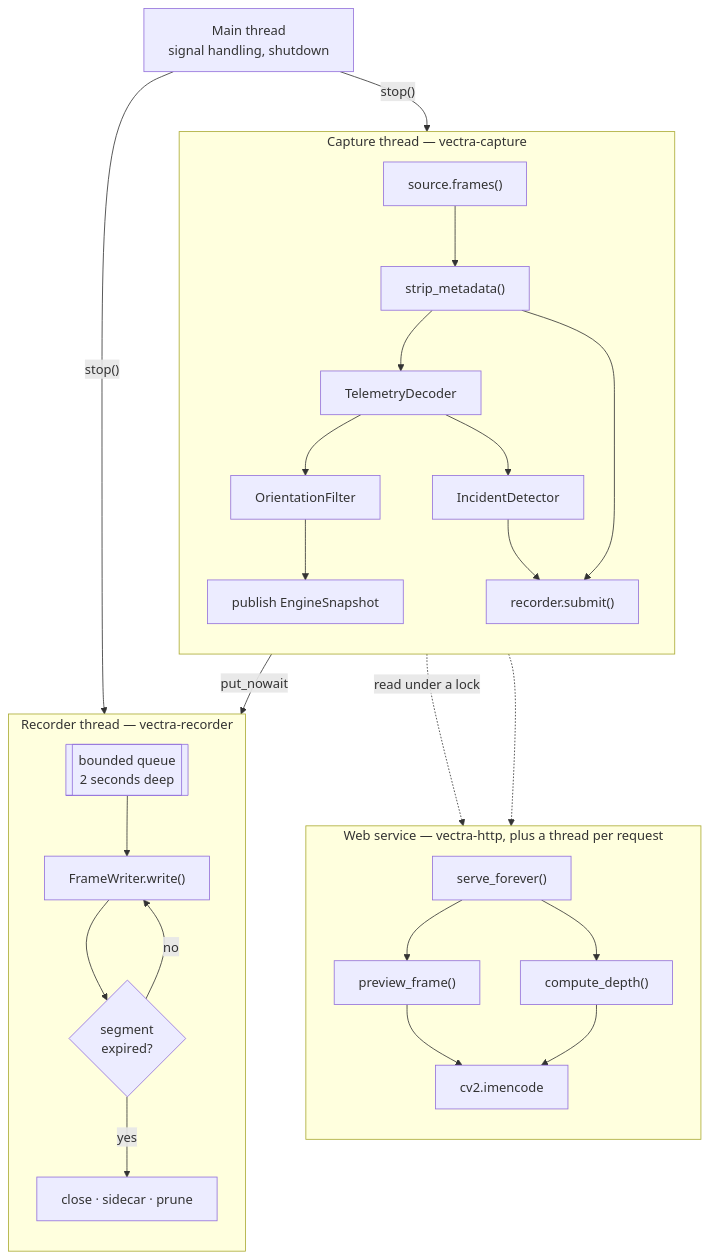
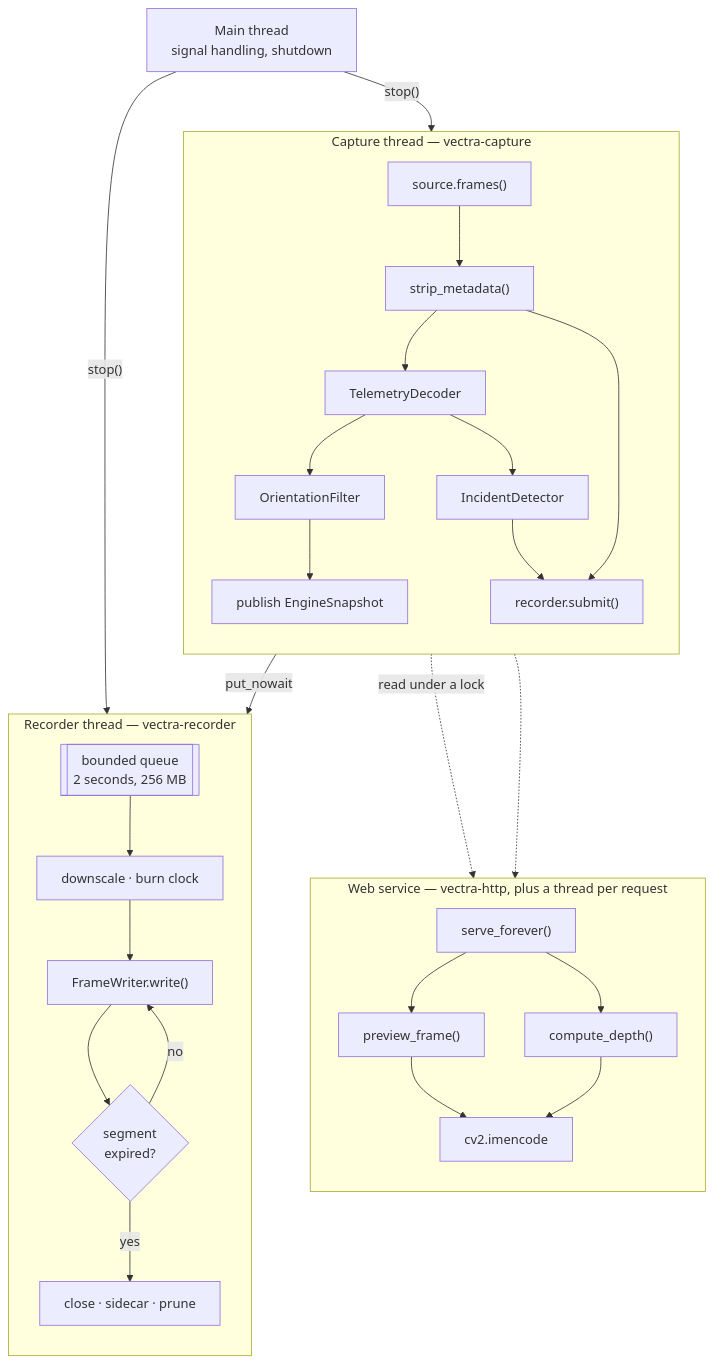
The first of 4 diagrams in docs/architecture.md (Life-Experimentalist/Vectra-180), drawn with Mermaid before and after one commit. The commit also changed other lines of this file and 24 other files, not shown here.

````diff
--- a/docs/architecture.md
+++ b/docs/architecture.md
@@ -34,37 +34,38 @@
 ```mermaid
 flowchart TB
     subgraph capture["Capture thread — vectra-capture"]
         direction TB
         READ["source.frames()"] --> STRIP["strip_metadata()"]
         STRIP --> DECODE["TelemetryDecoder"]
         DECODE --> FILTER["OrientationFilter"]
         DECODE --> DETECT["IncidentDetector"]
         FILTER --> PUBLISH["publish EngineSnapshot"]
         DETECT --> SUBMIT["recorder.submit()"]
         STRIP --> SUBMIT
     end
 
     subgraph recorder["Recorder thread — vectra-recorder"]
         direction TB
-        QUEUE[["bounded queue<br/>2 seconds deep"]] --> WRITE["FrameWriter.write()"]
+        QUEUE[["bounded queue<br/>2 seconds, 256 MB"]] --> PREP["downscale · burn clock"]
+        PREP --> WRITE["FrameWriter.write()"]
         WRITE --> ROLL{"segment<br/>expired?"}
         ROLL -->|yes| CLOSE["close · sidecar · prune"]
         ROLL -->|no| WRITE
     end
 
     subgraph http["Web service — vectra-http, plus a thread per request"]
         direction TB
         ACCEPT["serve_forever()"] --> SNAP["preview_frame()"]
         SNAP --> JPEG["cv2.imencode"]
         ACCEPT --> DEPTH["compute_depth()"]
         DEPTH --> JPEG
     end
 
     MAIN["Main thread<br/>signal handling, shutdown"]
 
     SUBMIT -->|"put_nowait"| QUEUE
     PUBLISH -.->|"read under a lock"| SNAP
     PUBLISH -.-> DEPTH
     MAIN -->|"stop()"| capture
     MAIN -->|"stop()"| recorder
 ```
````
